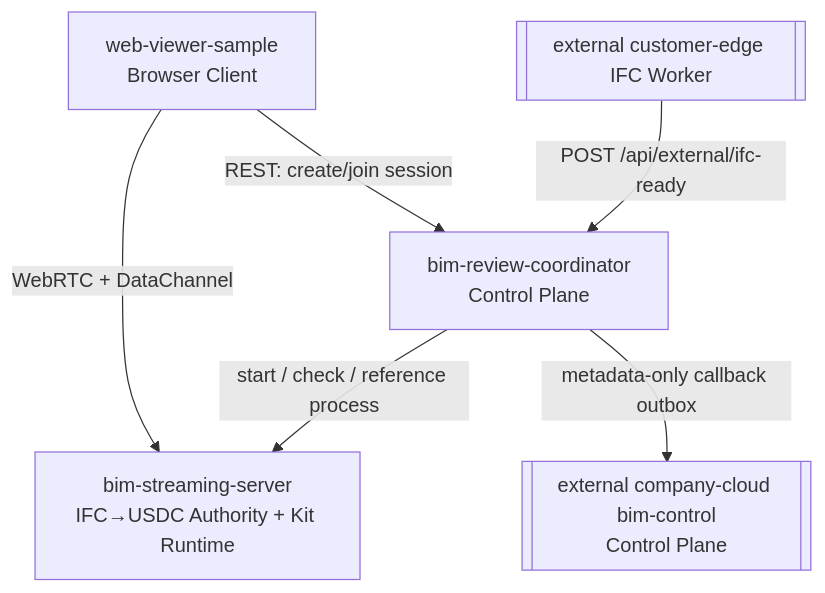
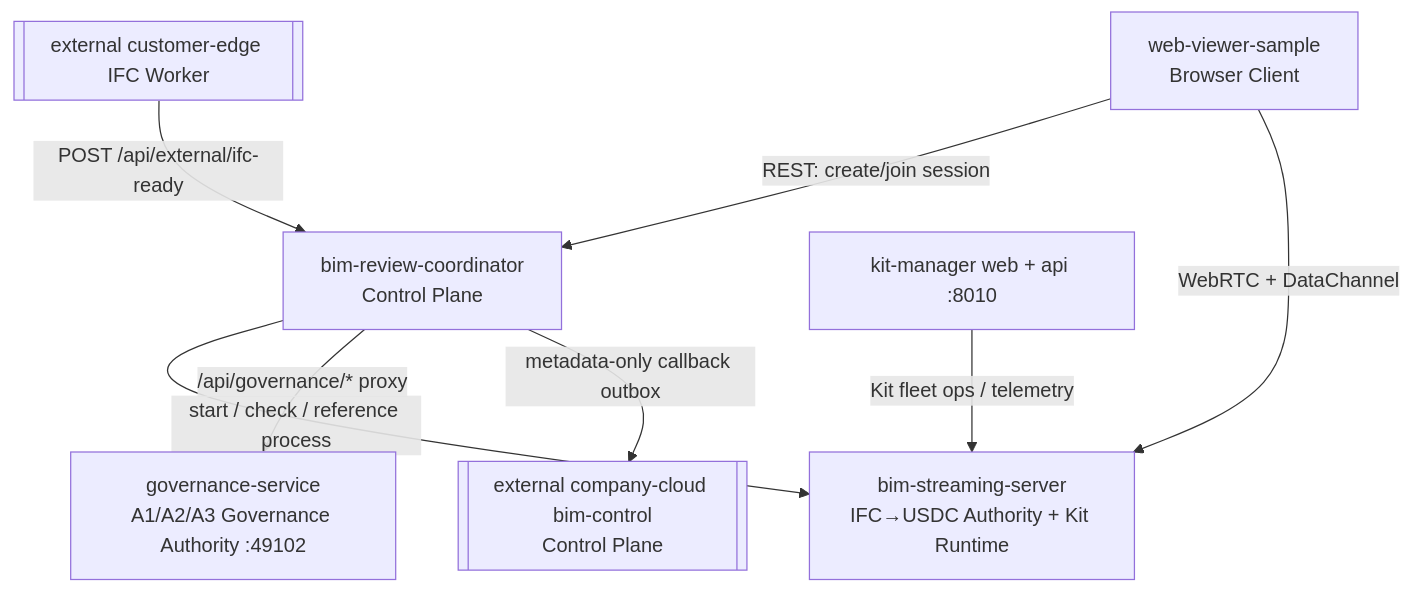
One commit to monkey1sai/AI-BIM-governance changed the first of 7 diagrams in docs/agents/repo-boundary-detail.md. Above: the diagram before and after it, drawn with Mermaid. The commit also changed other lines of this file and 38 other files, not shown here.

````diff
--- a/docs/agents/repo-boundary-detail.md
+++ b/docs/agents/repo-boundary-detail.md
@@ -29,14 +32,18 @@
 ```mermaid
 flowchart TD
   CO[bim-review-coordinator<br/>Control Plane]
   KIT[bim-streaming-server<br/>IFC→USDC Authority + Kit Runtime]
+  GOV[governance-service<br/>A1/A2/A3 Governance Authority :49102]
   CLOUD[[external company-cloud bim-control<br/>Control Plane]]
   EDGE[[external customer-edge IFC Worker]]
   WV[web-viewer-sample<br/>Browser Client]
+  KM[kit-manager web + api :8010]
 
   EDGE -->|POST /api/external/ifc-ready| CO
   CO -->|start / check / reference process| KIT
+  CO -->|/api/governance/* proxy| GOV
   CO -->|metadata-only callback outbox| CLOUD
   WV -->|REST: create/join session| CO
   WV -->|WebRTC + DataChannel| KIT
+  KM -->|Kit fleet ops / telemetry| KIT
 ```
````
